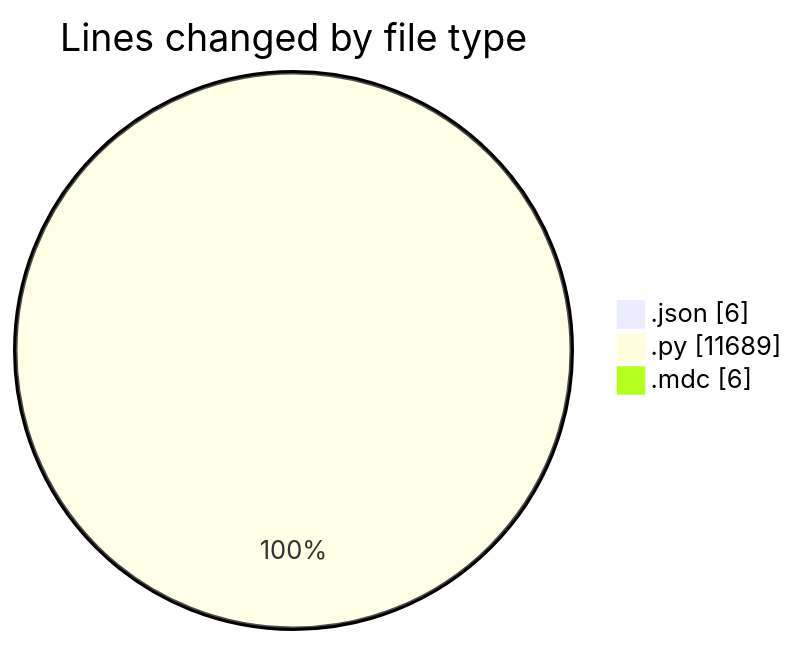
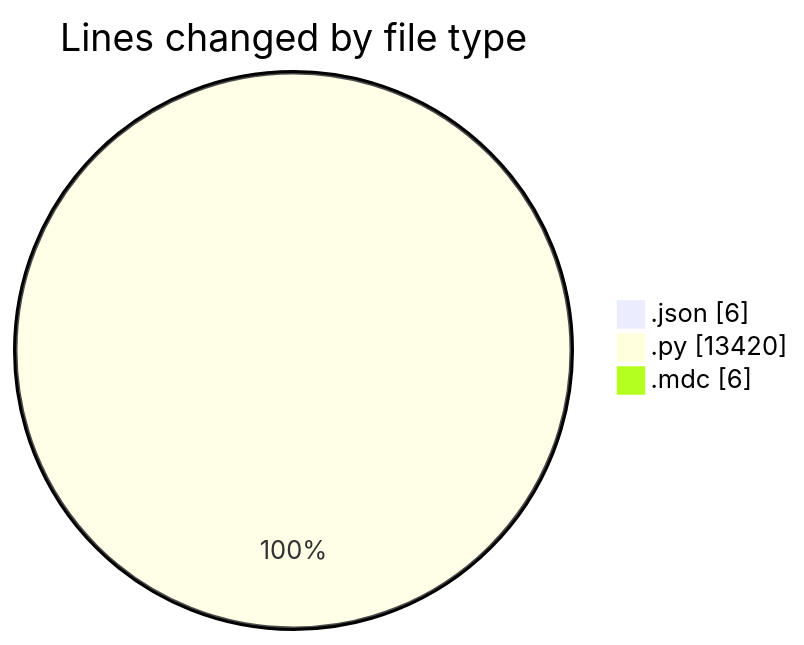
One commit to jrari/code-tracking changed the first of 2 diagrams in 2025-07-16/telebot/README.md. Above: the diagram before and after it, drawn with Mermaid. The commit also changed other lines of this file and 1 other file, not shown here.

````diff
--- a/2025-07-16/telebot/README.md
+++ b/2025-07-16/telebot/README.md
@@ -29,7 +29,7 @@
 ```mermaid
 pie showData
 title Lines changed by file type
 ".json" : 6
-".py" : 11689
+".py" : 13420
 ".mdc" : 6
 ```
````
